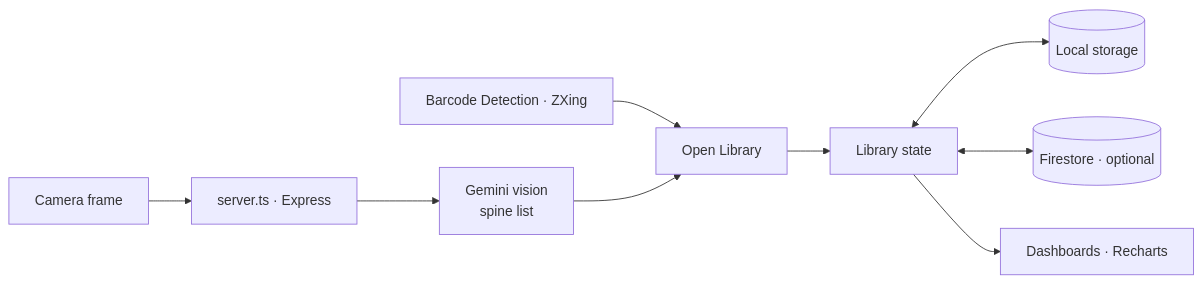
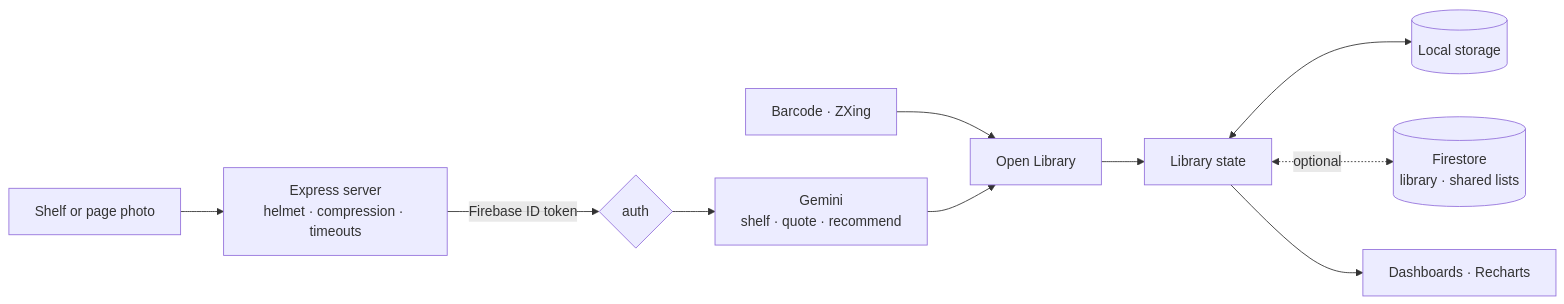
Before and after one commit to kutluhangil/BookShelf: the diagram in README.md, drawn with Mermaid. The commit also changed other lines of this file and 3 other files, not shown here.

````diff
--- a/README.md
+++ b/README.md
@@ -38,10 +52,12 @@
 ```mermaid
 flowchart LR
-  CAM[Camera frame] --> API[server.ts · Express] --> G[Gemini vision<br/>spine list]
-  BAR[Barcode Detection · ZXing] --> OL[Open Library]
+  CAM[Shelf or page photo] --> API[Express server<br/>helmet · compression · timeouts]
+  API -- Firebase ID token --> AUTH{auth}
+  AUTH --> G[Gemini<br/>shelf · quote · recommend]
+  BAR[Barcode · ZXing] --> OL[Open Library]
   G --> OL
   OL --> LIB[Library state]
   LIB <--> LS[(Local storage)]
-  LIB <--> FS[(Firestore · optional)]
+  LIB <-. optional .-> FS[(Firestore<br/>library · shared lists)]
   LIB --> DASH[Dashboards · Recharts]
 ```
````
